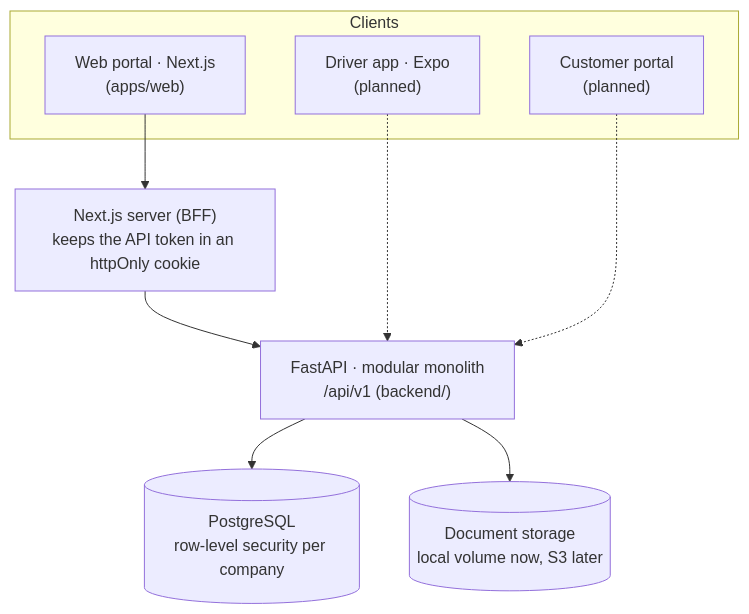
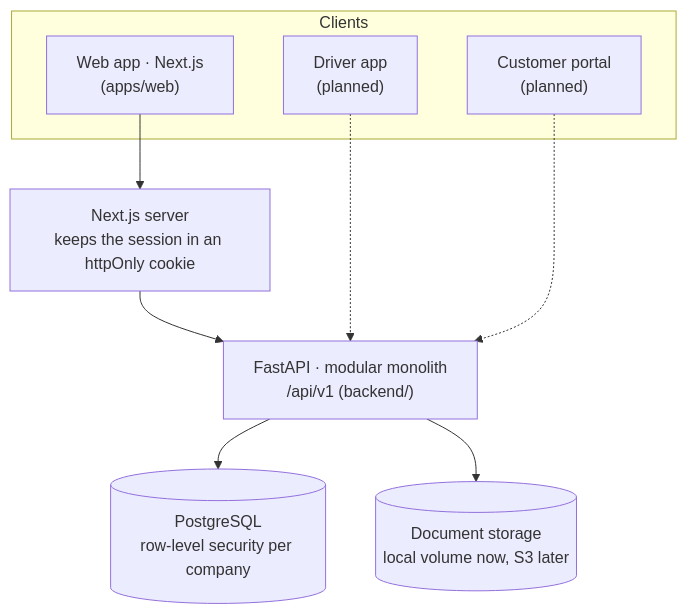
Before and after one commit to lazizjonalimov/BiFly: the diagram in README.md, drawn with Mermaid. The commit also changed other lines of this file and 95 other files, not shown here.

````diff
--- a/README.md
+++ b/README.md
@@ -36,18 +32,18 @@
 ```mermaid
 flowchart TB
   subgraph Clients
-    web["Web portal · Next.js<br/>(apps/web)"]
-    mobile["Driver app · Expo<br/>(planned)"]
+    web["Web app · Next.js<br/>(apps/web)"]
+    mobile["Driver app<br/>(planned)"]
     portal["Customer portal<br/>(planned)"]
   end
-  bff["Next.js server (BFF)<br/>keeps the API token in an httpOnly cookie"]
+  bff["Next.js server<br/>keeps the session in an httpOnly cookie"]
   api["FastAPI · modular monolith<br/>/api/v1 (backend/)"]
   db[("PostgreSQL<br/>row-level security per company")]
   files[("Document storage<br/>local volume now, S3 later")]
 
   web --> bff --> api
   mobile -.-> api
   portal -.-> api
   api --> db
   api --> files
 ```
````
